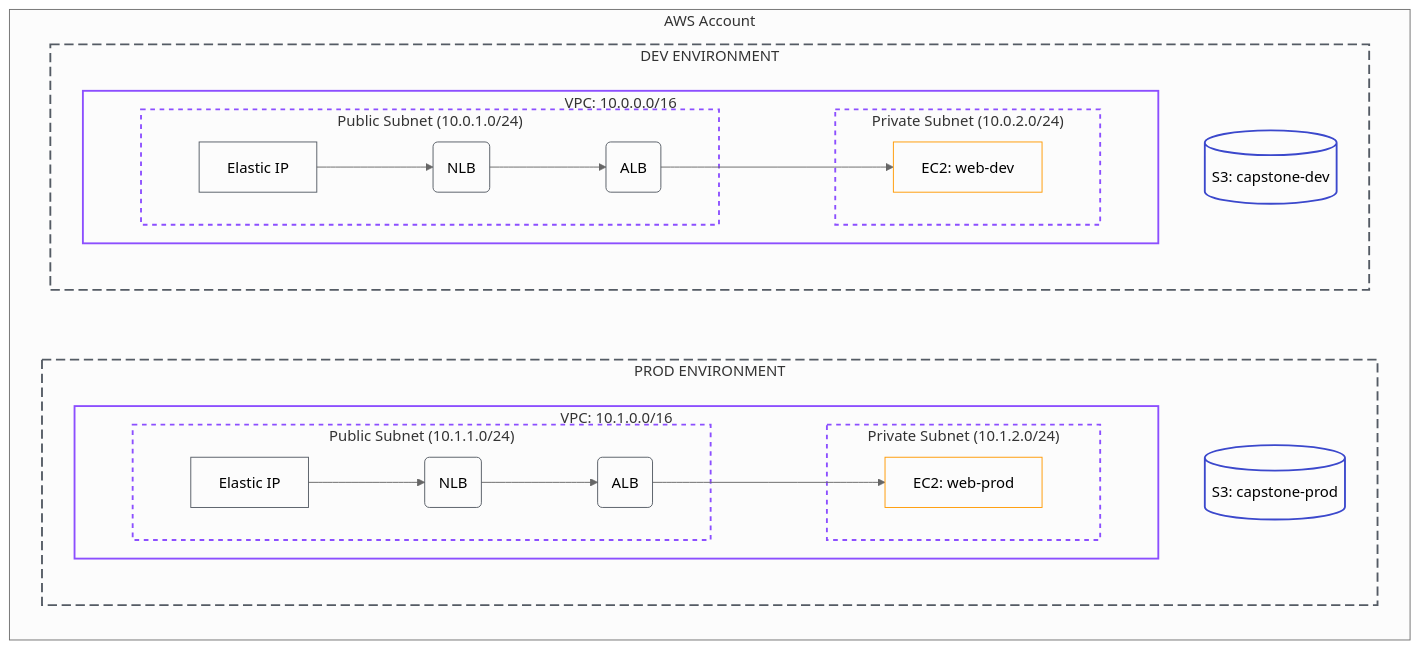
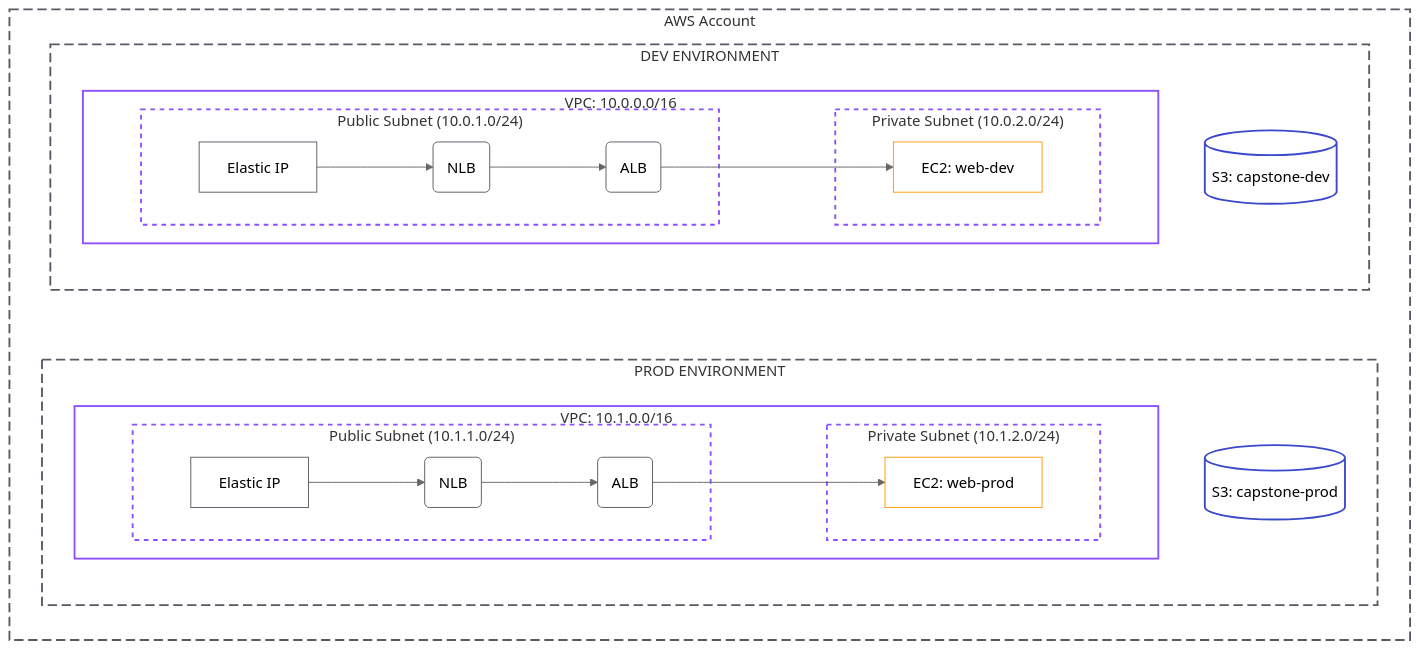
Before and after one commit to luhur-acn/intern-labs: the diagram in labs/Project_Capstone_Import.md, drawn with Mermaid (neutral theme). The commit also changed 1 other file, not shown here.

Commit message:
feat: Add Mermaid container and external class definitions and apply styling to subgraphs.

````diff
--- a/labs/Project_Capstone_Import.md
+++ b/labs/Project_Capstone_Import.md
@@ -9,53 +9,54 @@
 ```mermaid
 graph TD
     %% Styling (AWS Standards)
     classDef vpc fill:none,stroke:#8c4fff,stroke-width:2px;
     classDef subnet fill:none,stroke:#8c4fff,stroke-width:2px,stroke-dasharray: 5 5;
     classDef compute fill:none,stroke:#ff9900,stroke-width:1px;
     classDef s3 fill:none,stroke:#3b48cc,stroke-width:2px;
     classDef env fill:none,stroke:#545b64,stroke-width:2px,stroke-dasharray: 10 5;
     classDef external fill:none,stroke:#545b64,stroke-width:1px;
 
-    subgraph "AWS Account"
+    subgraph AWS_Acc ["AWS Account"]
         direction TB
 
         subgraph DevEnv ["DEV ENVIRONMENT"]
             direction TB
             subgraph DevVPC ["VPC: 10.0.0.0/16"]
                 subgraph DevPub ["Public Subnet (10.0.1.0/24)"]
                     D_EIP[Elastic IP] --> D_NLB(NLB)
                     D_NLB --> D_ALB(ALB)
                 end
                 subgraph DevPriv ["Private Subnet (10.0.2.0/24)"]
                     D_ALB --> D_EC2[EC2: web-dev]
                 end
             end
             D_S3[(S3: capstone-dev)]
         end
 
         %% Force vertical stacking
         DevEnv ~~~ ProdEnv
 
         subgraph ProdEnv ["PROD ENVIRONMENT"]
             direction TB
             subgraph ProdVPC ["VPC: 10.1.0.0/16"]
                 subgraph ProdPub ["Public Subnet (10.1.1.0/24)"]
                     P_EIP[Elastic IP] --> P_NLB(NLB)
                     P_NLB --> P_ALB(ALB)
                 end
                 subgraph ProdPriv ["Private Subnet (10.1.2.0/24)"]
                     P_ALB --> P_EC2[EC2: web-prod]
                 end
             end
             P_S3[(S3: capstone-prod)]
         end
     end
 
     %% Assign Classes
     class DevEnv,ProdEnv env;
     class DevVPC,ProdVPC vpc;
     class DevPub,DevPriv,ProdPub,ProdPriv subnet;
     class D_EC2,P_EC2 compute;
     class D_S3,P_S3 s3;
     class D_EIP,D_NLB,D_ALB,P_EIP,P_NLB,P_ALB external;
+    class AWS_Acc env;
 ```
````
